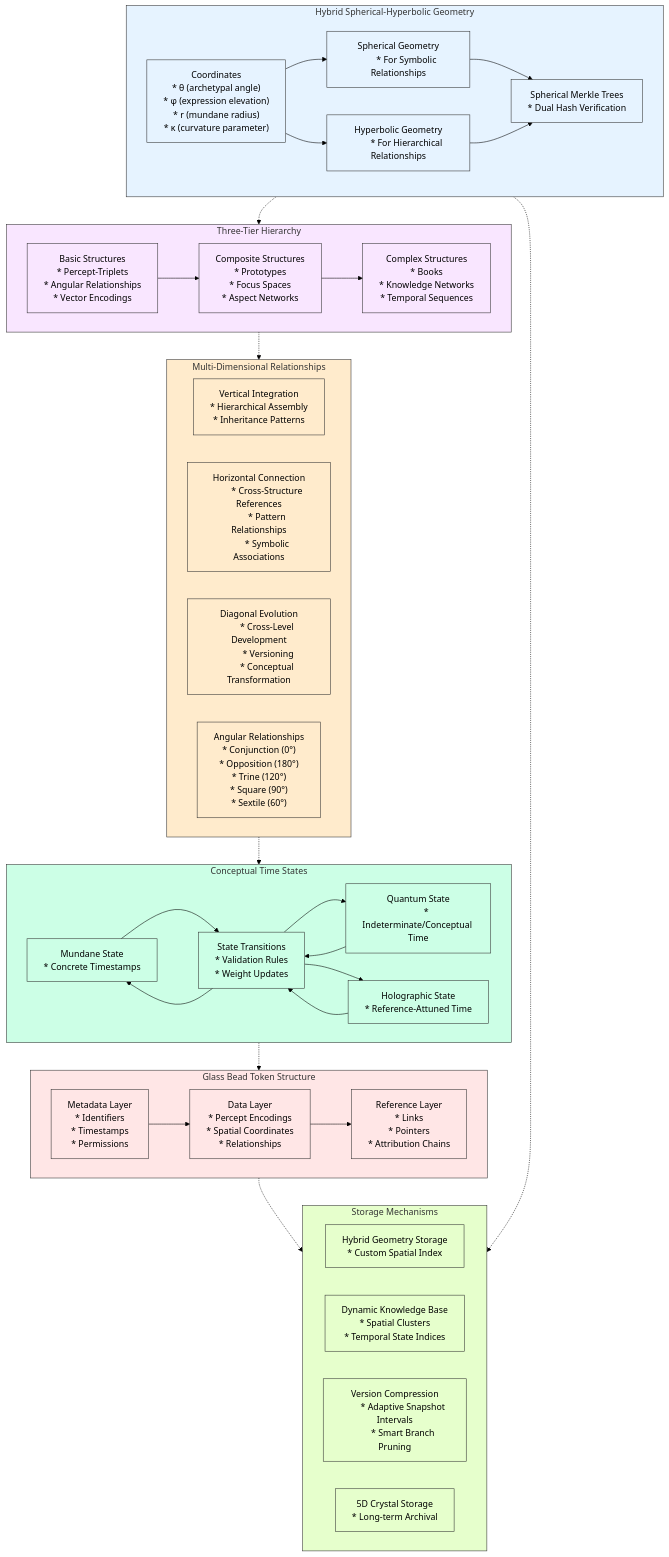
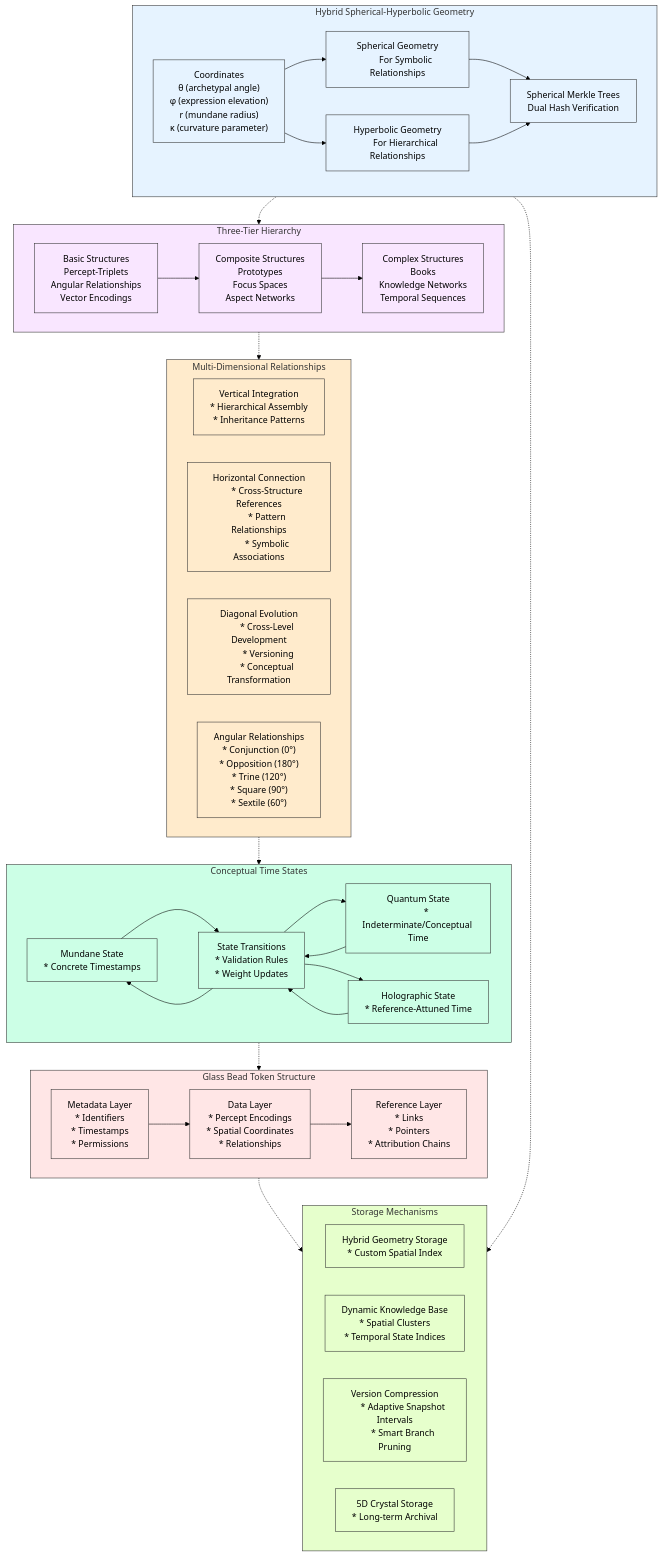
One commit to heavyblotto/memorativa changed the third of 3 diagrams in docs/3. the machine system/memorativa-3-1-the-machine-system.md. Above: the diagram before and after it, drawn with Mermaid (forest theme). The commit also changed other lines of this file, not shown here.

```diff
--- a/docs/3. the machine system/memorativa-3-1-the-machine-system.md
+++ b/docs/3. the machine system/memorativa-3-1-the-machine-system.md
@@ -285,19 +285,19 @@
     %% Main Data Structure Elements
     subgraph HybridGeometry["Hybrid Spherical-Hyperbolic Geometry"]
         Coordinates["Coordinates
-        * θ (archetypal angle)
-        * φ (expression elevation)
-        * r (mundane radius)
-        * κ (curvature parameter)"]
+        θ (archetypal angle)
+        φ (expression elevation)
+        r (mundane radius)
+        κ (curvature parameter)"]
         
         SphericalGeometry["Spherical Geometry
-        * For Symbolic Relationships"]
+        For Symbolic Relationships"]
         
         HyperbolicGeometry["Hyperbolic Geometry
-        * For Hierarchical Relationships"]
+        For Hierarchical Relationships"]
         
         SphericalMerkle["Spherical Merkle Trees
-        * Dual Hash Verification"]
+        Dual Hash Verification"]
         
         Coordinates --> SphericalGeometry
         Coordinates --> HyperbolicGeometry
@@ -308,19 +308,19 @@
     %% Three-Tier Structure Hierarchy
     subgraph StructureHierarchy["Three-Tier Hierarchy"]
         BasicStructures["Basic Structures
-        * Percept-Triplets
-        * Angular Relationships
-        * Vector Encodings"]
+        Percept-Triplets
+        Angular Relationships
+        Vector Encodings"]
         
         CompositeStructures["Composite Structures
-        * Prototypes
-        * Focus Spaces
-        * Aspect Networks"]
+        Prototypes
+        Focus Spaces
+        Aspect Networks"]
         
         ComplexStructures["Complex Structures
-        * Books
-        * Knowledge Networks
-        * Temporal Sequences"]
+        Books
+        Knowledge Networks
+        Temporal Sequences"]
         
         BasicStructures --> CompositeStructures
         CompositeStructures --> ComplexStructures
```
